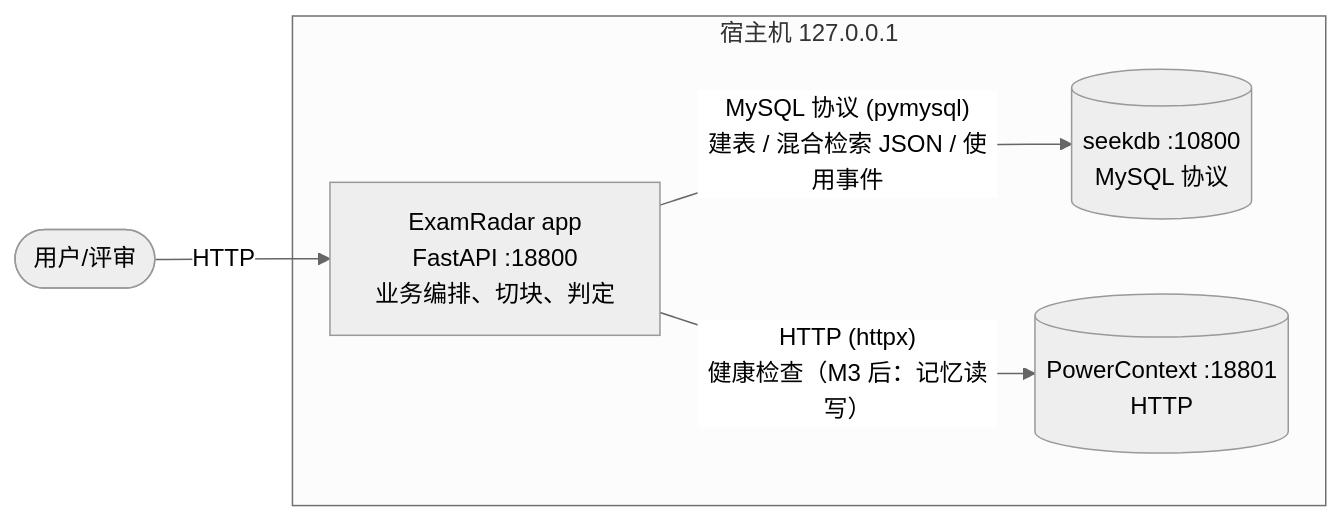
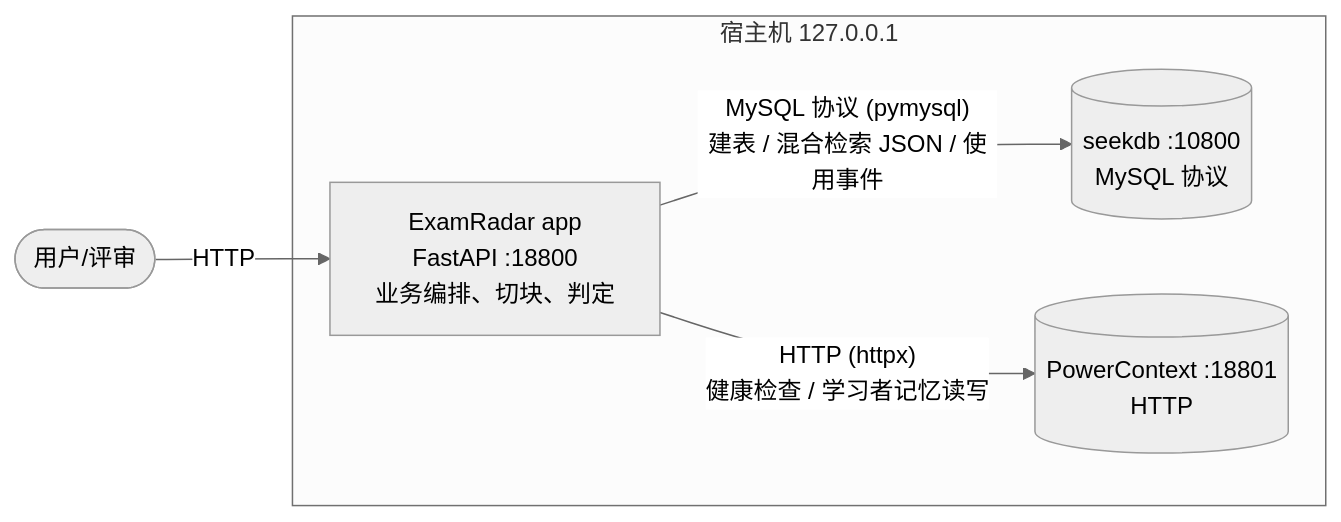
Before and after one commit to Fengzdadi/powercontext: the diagram in qoder/README.md, drawn with Mermaid (neutral theme). The commit also changed other lines of this file and 34 other files, not shown here.

````diff
--- a/qoder/README.md
+++ b/qoder/README.md
@@ -44,13 +46,13 @@
 ```mermaid
 flowchart LR
     U([用户/评审]) -->|HTTP| APP
 
     subgraph HOST[宿主机 127.0.0.1]
         APP[ExamRadar app\nFastAPI :18800\n业务编排、切块、判定]
         SEEK[(seekdb :10800\nMySQL 协议)]
         PC[(PowerContext :18801\nHTTP)]
     end
 
     APP -- "MySQL 协议 (pymysql)\n建表 / 混合检索 JSON / 使用事件" --> SEEK
-    APP -- "HTTP (httpx)\n健康检查（M3 后：记忆读写）" --> PC
+    APP -- "HTTP (httpx)\n健康检查 / 学习者记忆读写" --> PC
 ```
````
